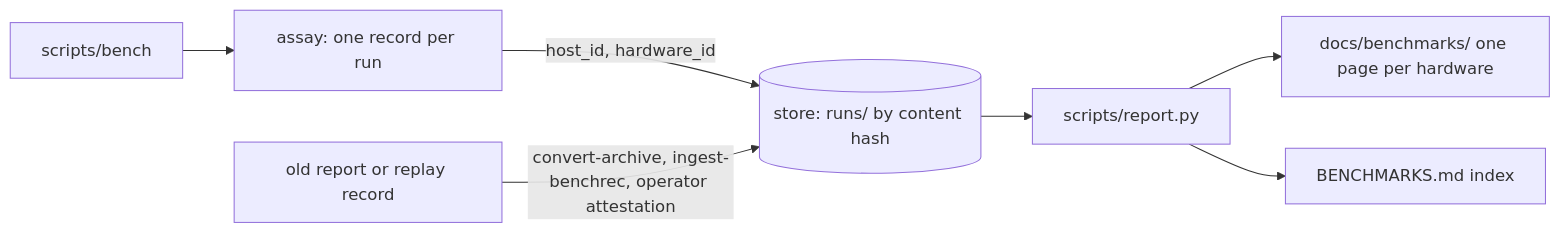
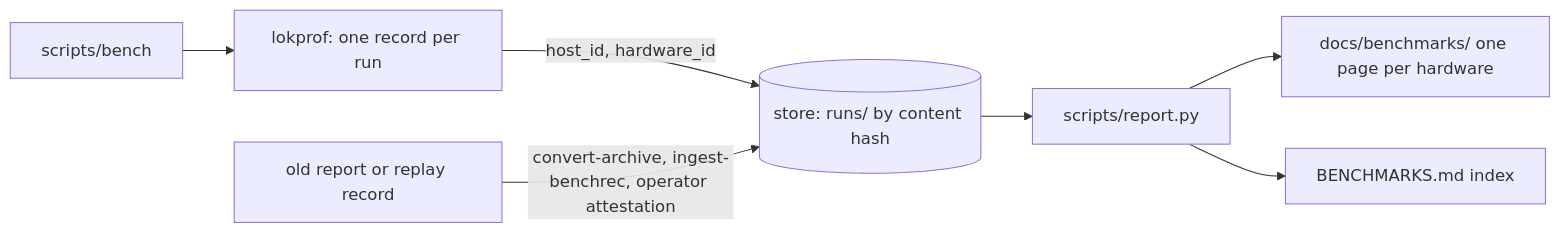
One commit to loken-ai/benchmarks changed the diagram in docs/BENCHMARKING.md. Above: the diagram before and after it, drawn with Mermaid. The commit also changed other lines of this file and 4 other files, not shown here.

````diff
--- a/docs/BENCHMARKING.md
+++ b/docs/BENCHMARKING.md
@@ -56,9 +56,9 @@
 ```mermaid
 flowchart LR
-    D["scripts/bench"] --> A["assay: one record per run"]
+    D["scripts/bench"] --> A["lokprof: one record per run"]
     A -->|"host_id, hardware_id"| S[("store: runs/ by content hash")]
     O["old report or replay record"] -->|"convert-archive, ingest-benchrec, operator attestation"| S
     S --> R["scripts/report.py"]
     R --> P["docs/benchmarks/ one page per hardware"]
     R --> I["BENCHMARKS.md index"]
 ```
````
